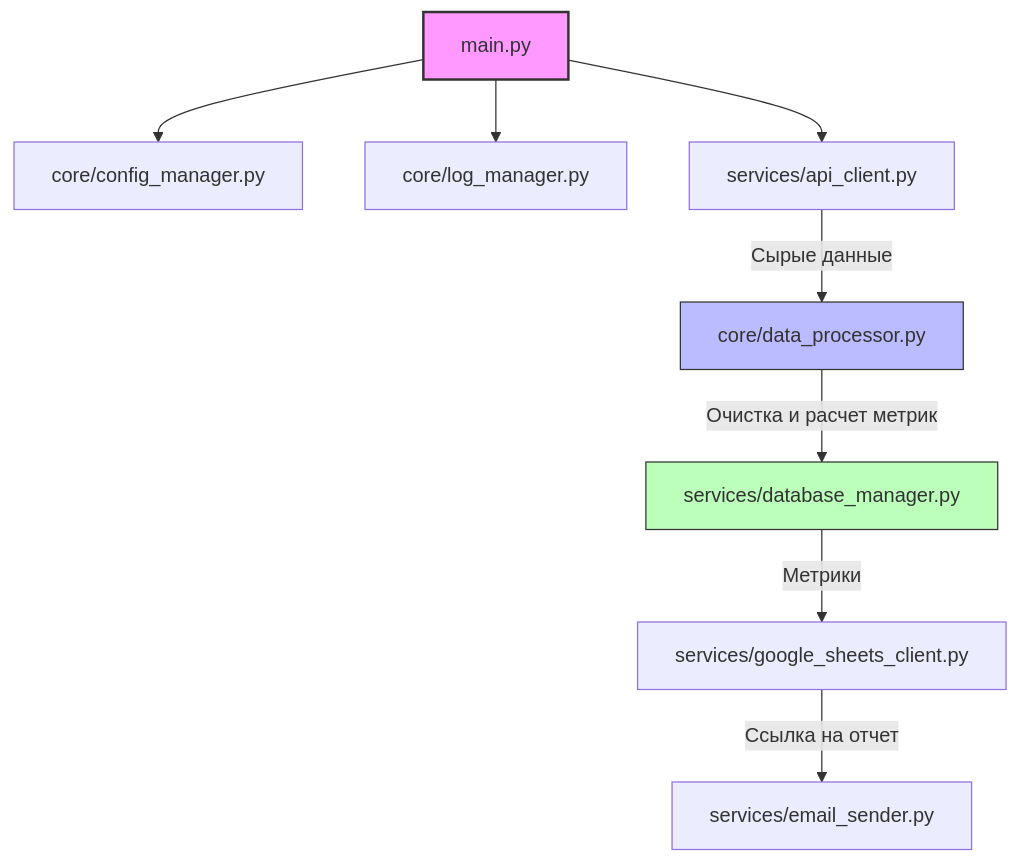
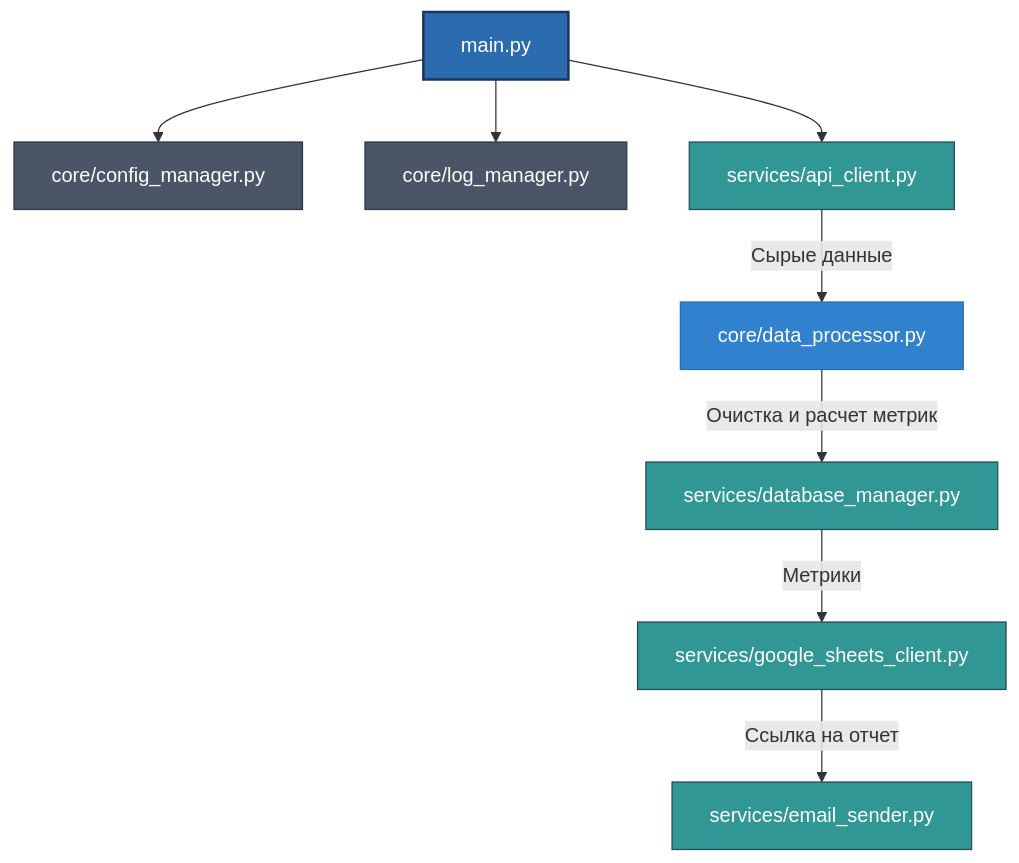
One commit to VadbOss/portfolio changed the diagram in data-processing-pipeline/README.md. Above: the diagram before and after it, drawn with Mermaid. The commit also changed other lines of this file, not shown here.

````diff
--- a/data-processing-pipeline/README.md
+++ b/data-processing-pipeline/README.md
@@ -43,16 +43,29 @@
 ```mermaid
 graph TD
+    %% Точка входа
     main[main.py] --> CM[core/config_manager.py]
     main --> LM[core/log_manager.py]
     
+    %% Поток данных
     main --> API[services/api_client.py]
     API -->|Сырые данные| DP[core/data_processor.py]
     DP -->|Очистка и расчет метрик| DB[services/database_manager.py]
     
+    %% Экспорт и уведомления
     DB -->|Метрики| GS[services/google_sheets_client.py]
     GS -->|Ссылка на отчет| ES[services/email_sender.py]
 
-    style main fill:#f9f,stroke:#333,stroke-width:2px
-    style DP fill:#bbf,stroke:#333,stroke-width:1px
-    style DB fill:#bfb,stroke:#333,stroke-width:1px
+    %% Стилизация популярных ИТ-оттенков
+    classDef default stroke:#4A5568,stroke-width:1px;
+    
+    style main fill:#2B6CB0,color:#fff,stroke:#1A365D,stroke-width:2px
+    
+    style CM fill:#4A5568,color:#fff,stroke:#2D3748
+    style LM fill:#4A5568,color:#fff,stroke:#2D3748
+    style DP fill:#3182CE,color:#fff,stroke:#2B6CB0
+    
+    style API fill:#319795,color:#fff,stroke:#234E52
+    style DB fill:#319795,color:#fff,stroke:#234E52
+    style GS fill:#319795,color:#fff,stroke:#234E52
+    style ES fill:#319795,color:#fff,stroke:#234E52
 ```
````
